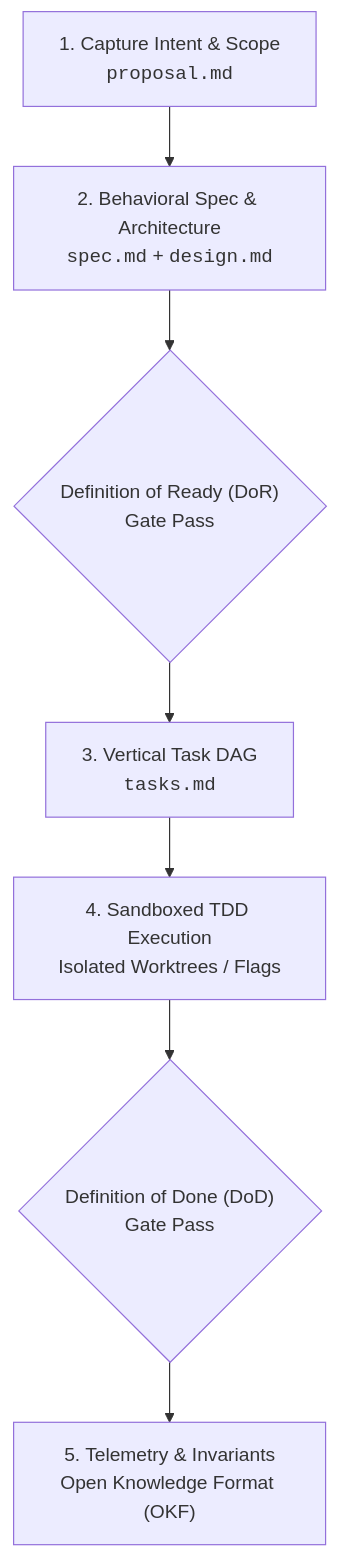
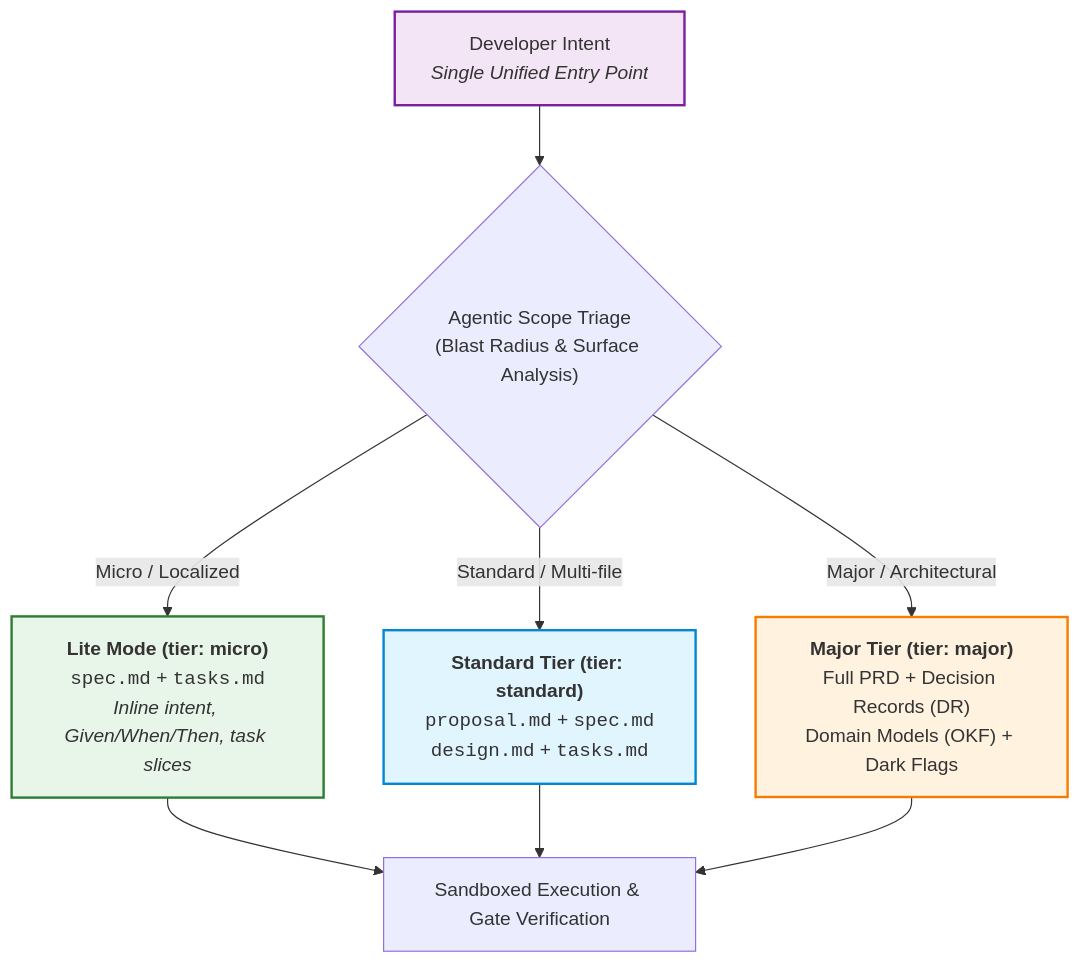
One commit to keolo/keolo-com changed the second of 3 diagrams in content/posts/planned-vs-unplanned-work-in-agentic-development.md. Above: the diagram before and after it, drawn with Mermaid. The commit also changed other lines of this file, not shown here.

Commit message:
docs(blog): refactor post around uniform DX and progressive tier categorization

````diff
--- a/content/posts/planned-vs-unplanned-work-in-agentic-development.md
+++ b/content/posts/planned-vs-unplanned-work-in-agentic-development.md
@@ -47,9 +41,17 @@
 ```mermaid
 flowchart TD
-    Intent["1. Capture Intent & Scope<br/><code>proposal.md</code>"] --> Specs["2. Behavioral Spec & Architecture<br/><code>spec.md</code> + <code>design.md</code>"]
-    Specs --> DoR{"Definition of Ready (DoR)<br/>Gate Pass"}
-    DoR --> Tasks["3. Vertical Task DAG<br/><code>tasks.md</code>"]
-    Tasks --> Build["4. Sandboxed TDD Execution<br/>Isolated Worktrees / Flags"]
-    Build --> DoD{"Definition of Done (DoD)<br/>Gate Pass"}
-    DoD --> Learn["5. Telemetry & Invariants<br/>Open Knowledge Format (OKF)"]
+    Prompt["Developer Intent<br/><i>Single Unified Entry Point</i>"] --> Triage{"Agentic Scope Triage<br/>(Blast Radius & Surface Analysis)"}
+    
+    Triage -->|Micro / Localized| Lite["<b>Lite Mode (tier: micro)</b><br/><code>spec.md</code> + <code>tasks.md</code><br/><i>Inline intent, Given/When/Then, task slices</i>"]
+    Triage -->|Standard / Multi-file| Std["<b>Standard Tier (tier: standard)</b><br/><code>proposal.md</code> + <code>spec.md</code><br/><code>design.md</code> + <code>tasks.md</code>"]
+    Triage -->|Major / Architectural| Maj["<b>Major Tier (tier: major)</b><br/>Full PRD + Decision Records (DR)<br/>Domain Models (OKF) + Dark Flags"]
+    
+    Lite --> Build["Sandboxed Execution & Gate Verification"]
+    Std --> Build
+    Maj --> Build
+
+    style Prompt fill:#f3e5f5,stroke:#7b1fa2,stroke-width:2px
+    style Lite fill:#e8f5e9,stroke:#2e7d32,stroke-width:2px
+    style Std fill:#e1f5fe,stroke:#0288d1,stroke-width:2px
+    style Maj fill:#fff3e0,stroke:#f57c00,stroke-width:2px
 ```
````
